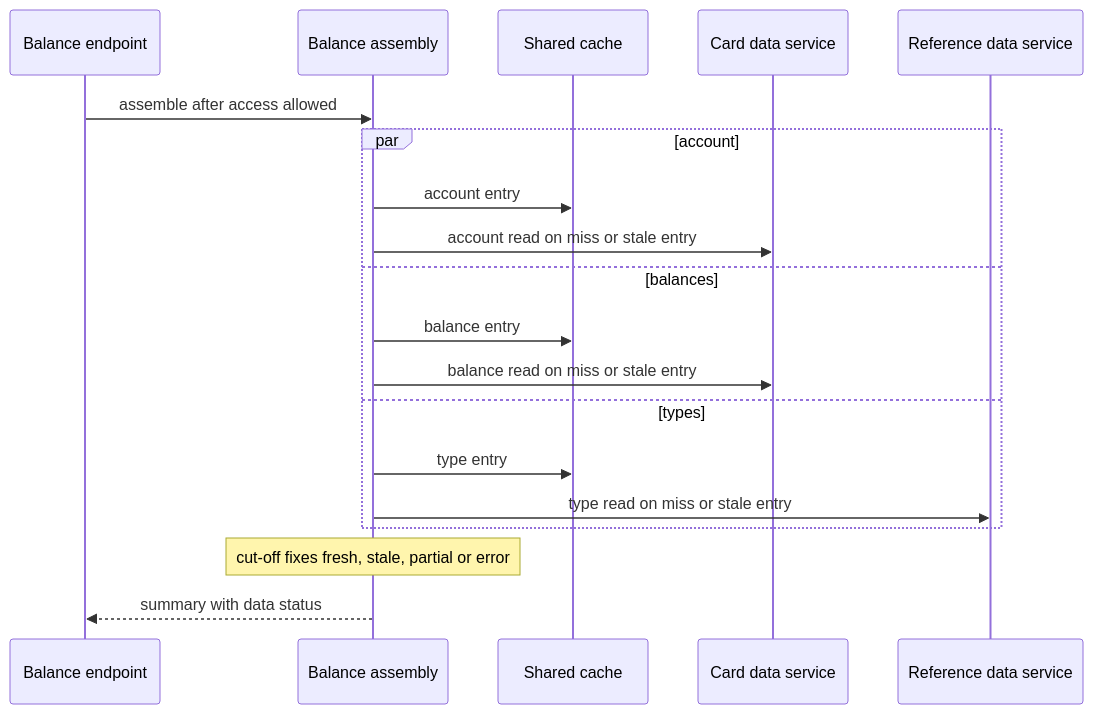
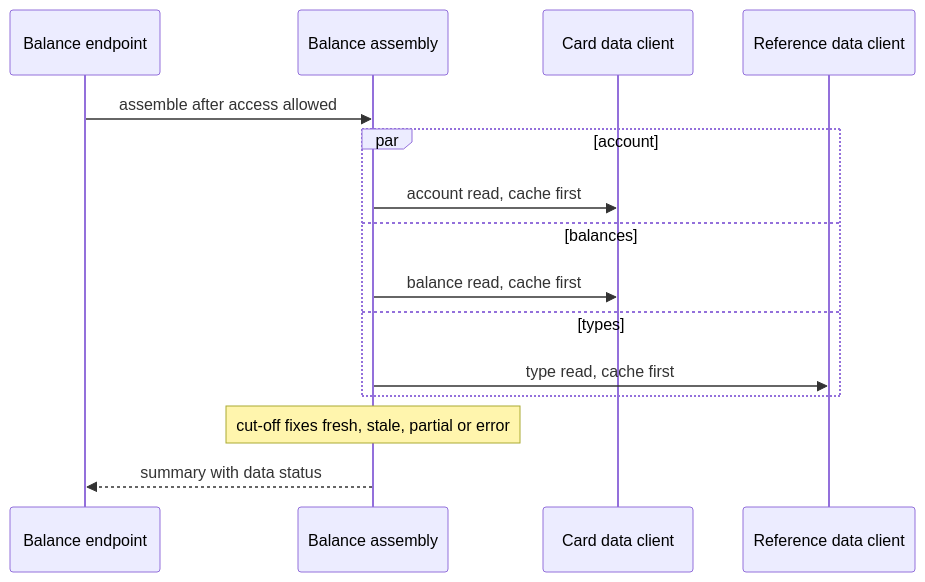
One commit to blitzy-public-samples/aws-carddemo-blitzy changed the diagram in docs/backlog/epics/CS-05-balance-summary-endpoint/stories/CS-05-005-balance-summary-assembly-with-stale-and-partial-degradation.md. Above: the diagram before and after it, drawn with Mermaid. The commit also changed other lines of this file and 1 other file, not shown here.

````diff
--- a/docs/backlog/epics/CS-05-balance-summary-endpoint/stories/CS-05-005-balance-summary-assembly-with-stale-and-partial-degradation.md
+++ b/docs/backlog/epics/CS-05-balance-summary-endpoint/stories/CS-05-005-balance-summary-assembly-with-stale-and-partial-degradation.md
@@ -140,21 +140,17 @@
 ```mermaid
 sequenceDiagram
     participant Endpoint as Balance endpoint
     participant Assembly as Balance assembly
-    participant Cache as Shared cache
-    participant Cards as Card data service
-    participant Types as Reference data service
+    participant Cards as Card data client
+    participant Types as Reference data client
     Endpoint->>Assembly: assemble after access allowed
     par account
-        Assembly->>Cache: account entry
-        Assembly->>Cards: account read on miss or stale entry
+        Assembly->>Cards: account read, cache first
     and balances
-        Assembly->>Cache: balance entry
-        Assembly->>Cards: balance read on miss or stale entry
+        Assembly->>Cards: balance read, cache first
     and types
-        Assembly->>Cache: type entry
-        Assembly->>Types: type read on miss or stale entry
+        Assembly->>Types: type read, cache first
     end
     Note over Assembly: cut-off fixes fresh, stale, partial or error
     Assembly-->>Endpoint: summary with data status
 ```
````
